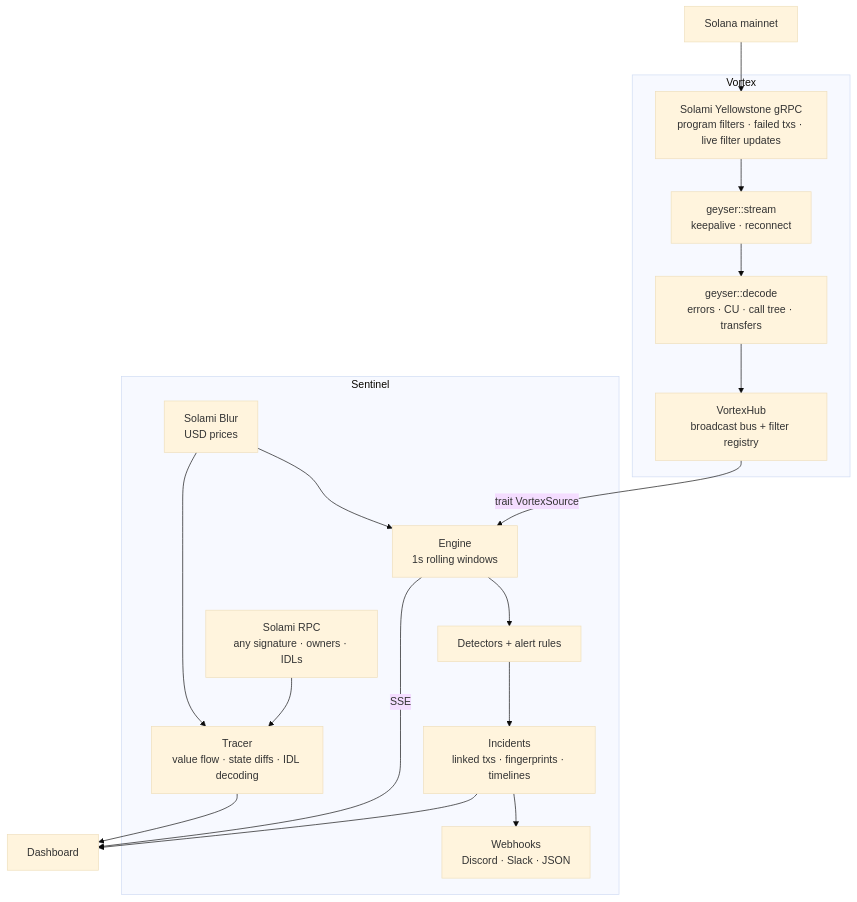
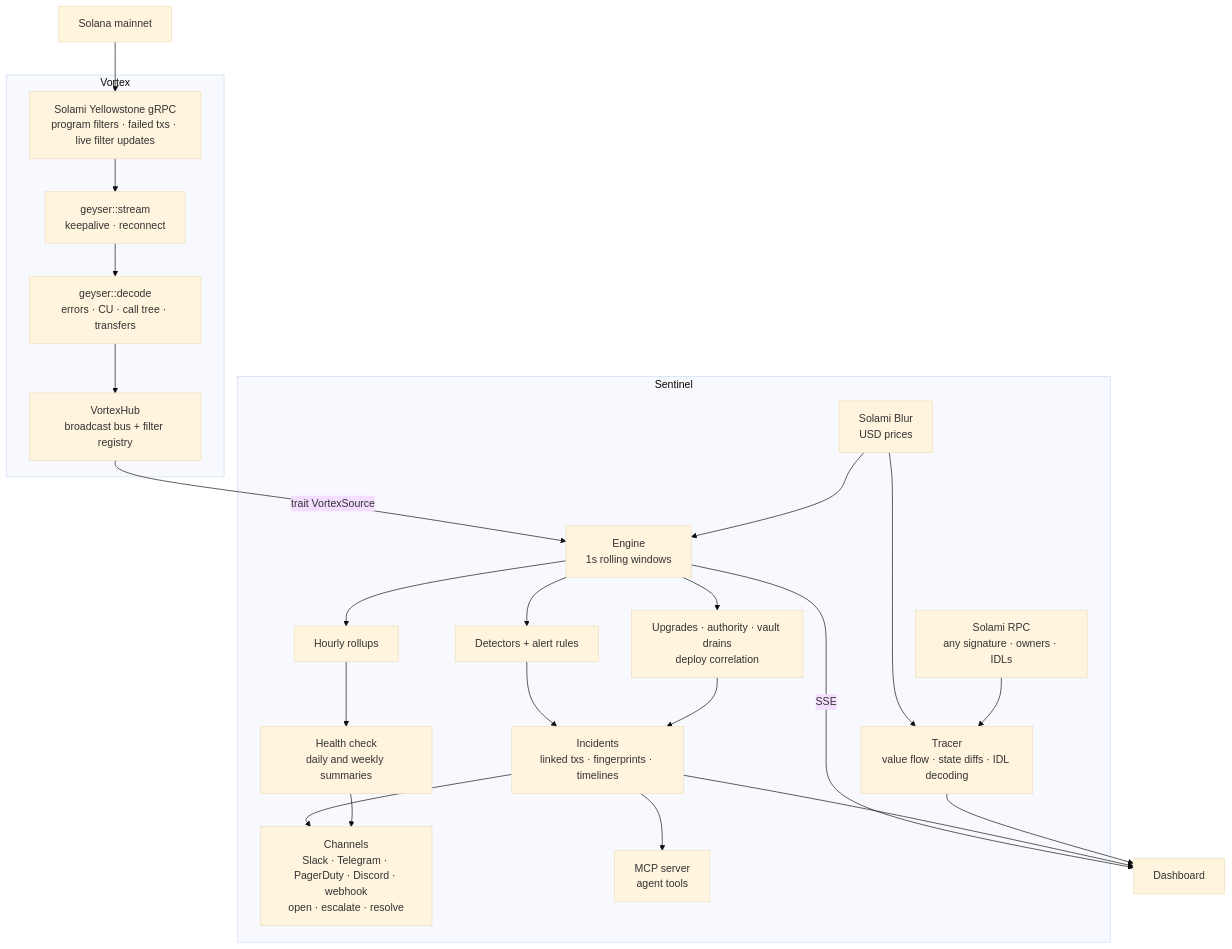
The diagram in README.md (Don-Vicks/sentinel), drawn with Mermaid (base theme) before and after one commit. The commit also changed other lines of this file and 2 other files, not shown here.

Commit message:
docs: describe channels, upgrades, vaults, summaries, MCP and their limits

````diff
--- a/README.md
+++ b/README.md
@@ -9,22 +9,27 @@
 ```mermaid
 flowchart TD
     SOL[Solana mainnet] --> GRPC["Solami Yellowstone gRPC<br/>program filters · failed txs · live filter updates"]
     subgraph VORTEX [Vortex]
         GRPC --> STREAM[geyser::stream<br/>keepalive · reconnect]
         STREAM --> DECODE[geyser::decode<br/>errors · CU · call tree · transfers]
         DECODE --> HUB[VortexHub<br/>broadcast bus + filter registry]
     end
     HUB -- trait VortexSource --> ENGINE
     subgraph SENTINEL [Sentinel]
         ENGINE[Engine<br/>1s rolling windows] --> DET[Detectors + alert rules]
         DET --> INC[Incidents<br/>linked txs · fingerprints · timelines]
-        INC --> HOOK[Webhooks<br/>Discord · Slack · JSON]
+        INC --> NOTIFY[Channels<br/>Slack · Telegram · PagerDuty · Discord · webhook<br/>open · escalate · resolve]
+        ENGINE --> ROLL[Hourly rollups] --> SUM[Health check<br/>daily and weekly summaries]
+        SUM --> NOTIFY
+        ENGINE --> POSTURE[Upgrades · authority · vault drains<br/>deploy correlation]
+        POSTURE --> INC
+        INC --> MCP[MCP server<br/>agent tools]
         TRACE[Tracer<br/>value flow · state diffs · IDL decoding]
         BLUR[Solami Blur<br/>USD prices] --> ENGINE
         BLUR --> TRACE
         RPC[Solami RPC<br/>any signature · owners · IDLs] --> TRACE
     end
     ENGINE -- SSE --> UI[Dashboard]
     INC --> UI
     TRACE --> UI
 ```
````
